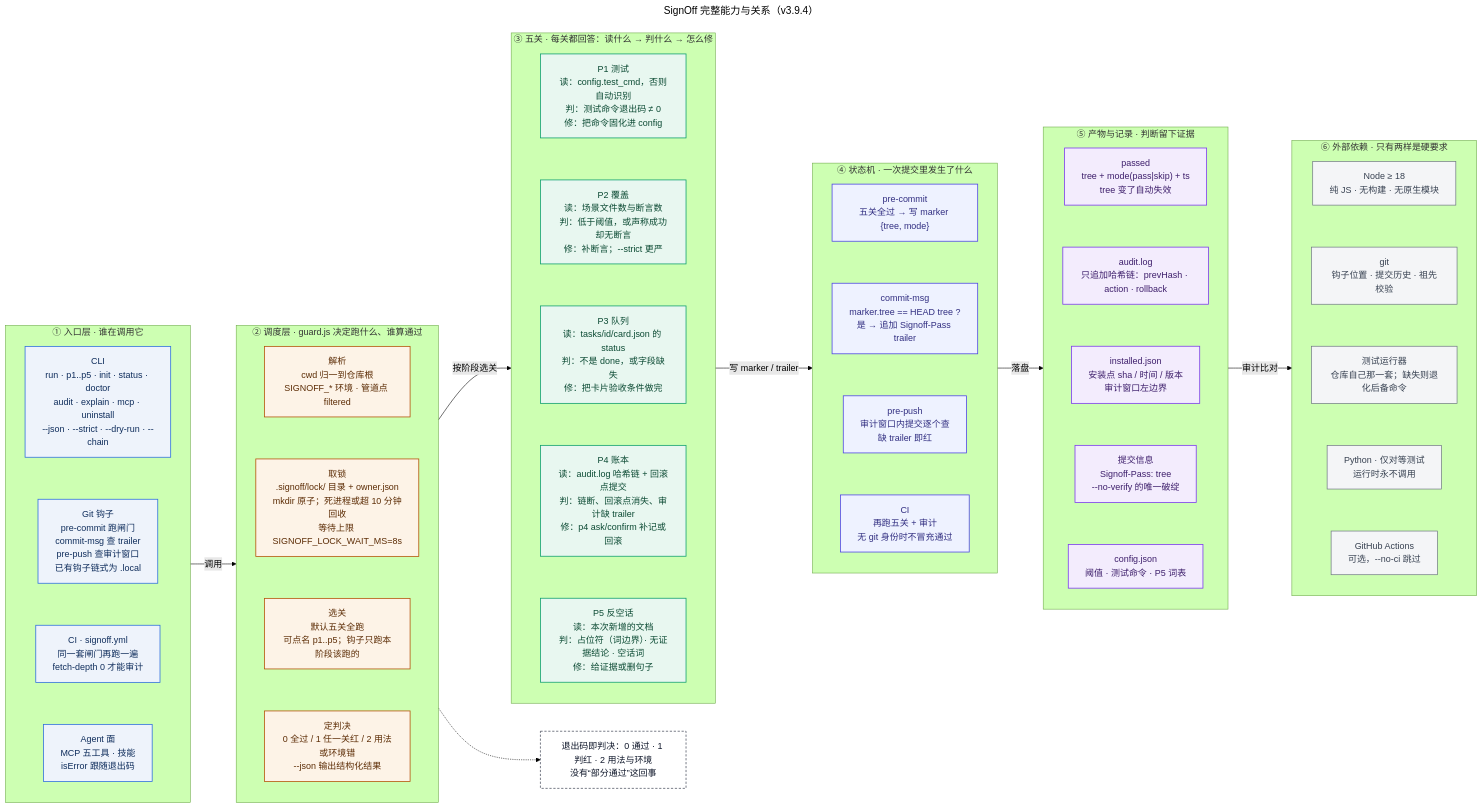
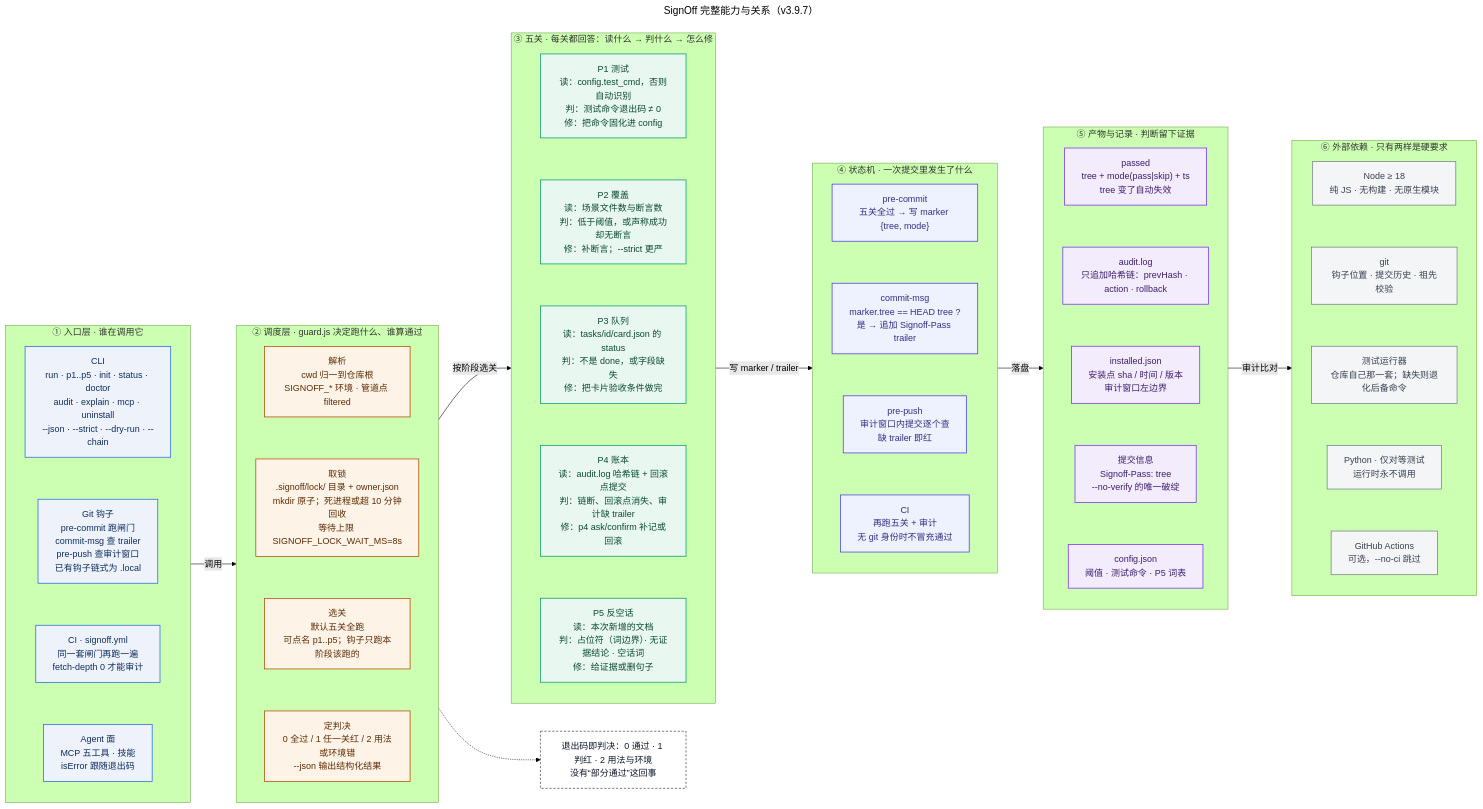
The diagram in docs/diagrams/src/signoff-1-capability.mmd (ayuanxx-max/dsh-signoff), drawn with Mermaid (forest theme) before and after one commit. The commit also changed 11 other files, not shown here.

Commit message:
docs: 三张框架图补齐英文版，README 增补 At a glance (English)；版本 3.9.7 Signoff-Pass: 8e067c9174a4

```diff
--- a/docs/diagrams/src/signoff-1-capability.mmd
+++ b/docs/diagrams/src/signoff-1-capability.mmd
@@ -1,84 +1,84 @@
 ---
-title: SignOff 完整能力与关系（v3.9.4）
+title: SignOff 完整能力与关系（v3.9.7）
 ---
 flowchart LR
   subgraph L1["① 入口层 · 谁在调用它"]
     direction TB
     A1["CLI<br/>run · p1..p5 · init · status · doctor<br/>audit · explain · mcp · uninstall<br/>--json · --strict · --dry-run · --chain"]
     A2["Git 钩子<br/>pre-commit 跑闸门<br/>commit-msg 查 trailer<br/>pre-push 查审计窗口<br/>已有钩子链式为 .local"]
     A3["CI · signoff.yml<br/>同一套闸门再跑一遍<br/>fetch-depth 0 才能审计"]
     A4["Agent 面<br/>MCP 五工具 · 技能<br/>isError 跟随退出码"]
     A1 ~~~ A2 ~~~ A3 ~~~ A4
   end
 
   subgraph L2["② 调度层 · guard.js 决定跑什么、谁算通过"]
     direction TB
     D1["解析<br/>cwd 归一到仓库根<br/>SIGNOFF_* 环境 · 管道点 filtered"]
     D2["取锁<br/>.signoff/lock/ 目录 + owner.json<br/>mkdir 原子；死进程或超 10 分钟回收<br/>等待上限 SIGNOFF_LOCK_WAIT_MS=8s"]
     D3["选关<br/>默认五关全跑<br/>可点名 p1..p5；钩子只跑本阶段该跑的"]
     D4["定判决<br/>0 全过 / 1 任一关红 / 2 用法或环境错<br/>--json 输出结构化结果"]
     D1 ~~~ D2 ~~~ D3 ~~~ D4
   end
 
   subgraph L3["③ 五关 · 每关都回答：读什么 → 判什么 → 怎么修"]
     direction TB
     P1["P1 测试<br/>读：config.test_cmd，否则自动识别<br/>判：测试命令退出码 ≠ 0<br/>修：把命令固化进 config"]
     P2["P2 覆盖<br/>读：场景文件数与断言数<br/>判：低于阈值，或声称成功却无断言<br/>修：补断言；--strict 更严"]
     P3["P3 队列<br/>读：tasks/id/card.json 的 status<br/>判：不是 done，或字段缺失<br/>修：把卡片验收条件做完"]
     P4["P4 账本<br/>读：audit.log 哈希链 + 回滚点提交<br/>判：链断、回滚点消失、审计缺 trailer<br/>修：p4 ask/confirm 补记或回滚"]
     P5["P5 反空话<br/>读：本次新增的文档<br/>判：占位符（词边界）· 无证据结论 · 空话词<br/>修：给证据或删句子"]
     P1 ~~~ P2 ~~~ P3 ~~~ P4 ~~~ P5
   end
 
   subgraph L4["④ 状态机 · 一次提交里发生了什么"]
     direction TB
     S1["pre-commit<br/>五关全过 → 写 marker {tree, mode}"]
     S2["commit-msg<br/>marker.tree == HEAD tree ?<br/>是 → 追加 Signoff-Pass trailer"]
     S3["pre-push<br/>审计窗口内提交逐个查<br/>缺 trailer 即红"]
     S4["CI<br/>再跑五关 + 审计<br/>无 git 身份时不冒充通过"]
     S1 ~~~ S2 ~~~ S3 ~~~ S4
   end
 
   subgraph L5["⑤ 产物与记录 · 判断留下证据"]
     direction TB
     F1["passed<br/>tree + mode(pass|skip) + ts<br/>tree 变了自动失效"]
     F2["audit.log<br/>只追加哈希链：prevHash · action · rollback"]
     F3["installed.json<br/>安装点 sha / 时间 / 版本<br/>审计窗口左边界"]
     F4["提交信息<br/>Signoff-Pass: tree<br/>--no-verify 的唯一破绽"]
     F5["config.json<br/>阈值 · 测试命令 · P5 词表"]
     F1 ~~~ F2 ~~~ F3 ~~~ F4 ~~~ F5
   end
 
   subgraph L6["⑥ 外部依赖 · 只有两样是硬要求"]
     direction TB
     X1["Node ≥ 18<br/>纯 JS · 无构建 · 无原生模块"]
     X2["git<br/>钩子位置 · 提交历史 · 祖先校验"]
     X3["测试运行器<br/>仓库自己那一套；缺失则退化后备命令"]
     X4["Python · 仅对等测试<br/>运行时永不调用"]
     X5["GitHub Actions<br/>可选，--no-ci 跳过"]
     X1 ~~~ X2 ~~~ X3 ~~~ X4 ~~~ X5
   end
 
   L1 -->|调用| L2
   L2 -->|按阶段选关| L3
   L3 -->|写 marker / trailer| L4
   L4 -->|落盘| L5
   L5 -->|审计比对| L6
 
   N["退出码即判决：0 通过 · 1 判红 · 2 用法与环境<br/>没有“部分通过”这回事"]
   L2 -.-> N
 
   classDef entry fill:#eef3fb,stroke:#2f6fdd,stroke-width:1.4px,color:#0f2d5c
   classDef sched fill:#fdf3e7,stroke:#b45309,stroke-width:1.4px,color:#5c2c05
   classDef gate fill:#e8f7f0,stroke:#0e9f6e,stroke-width:1.4px,color:#0b4a33
   classDef state fill:#eef2ff,stroke:#4f46e5,stroke-width:1.4px,color:#312e81
   classDef data fill:#f3ecfd,stroke:#7c3aed,stroke-width:1.4px,color:#3d1e6b
   classDef ext fill:#f4f5f7,stroke:#6b7280,stroke-width:1.2px,color:#374151
   classDef note fill:#ffffff,stroke:#0f172a,stroke-dasharray:4 3,color:#0f172a
   class A1,A2,A3,A4 entry
   class D1,D2,D3,D4 sched
   class P1,P2,P3,P4,P5 gate
   class S1,S2,S3,S4 state
   class F1,F2,F3,F4,F5 data
   class X1,X2,X3,X4,X5 ext
   class N note
```
